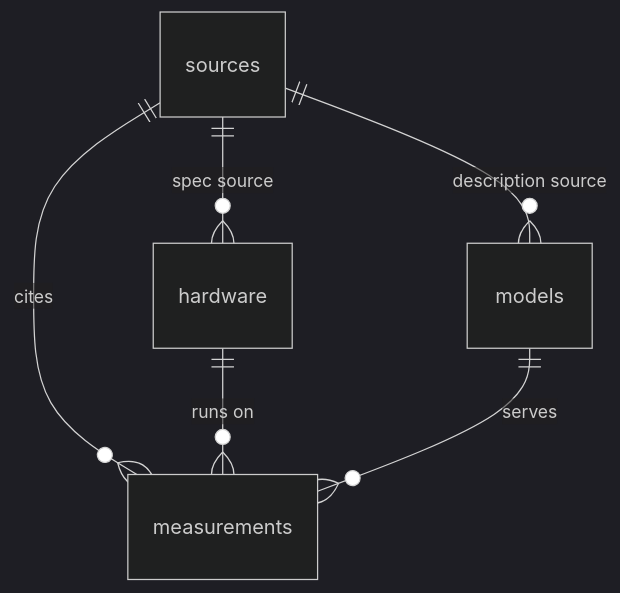
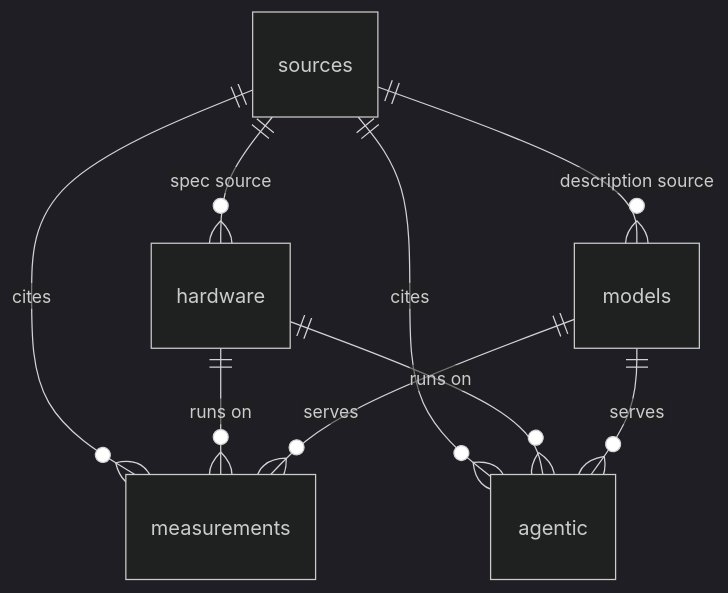
The diagram in README.md (knoel99/inference-data), drawn with Mermaid (dark theme) before and after one commit. The commit also changed other lines of this file and 18 other files, not shown here.

````diff
--- a/README.md
+++ b/README.md
@@ -11,8 +11,11 @@
 ```mermaid
 erDiagram
     sources ||--o{ hardware : "spec source"
     sources ||--o{ models : "description source"
     sources ||--o{ measurements : cites
     hardware ||--o{ measurements : "runs on"
     models ||--o{ measurements : serves
+    sources ||--o{ agentic : cites
+    hardware ||--o{ agentic : "runs on"
+    models ||--o{ agentic : serves
 ```
````
